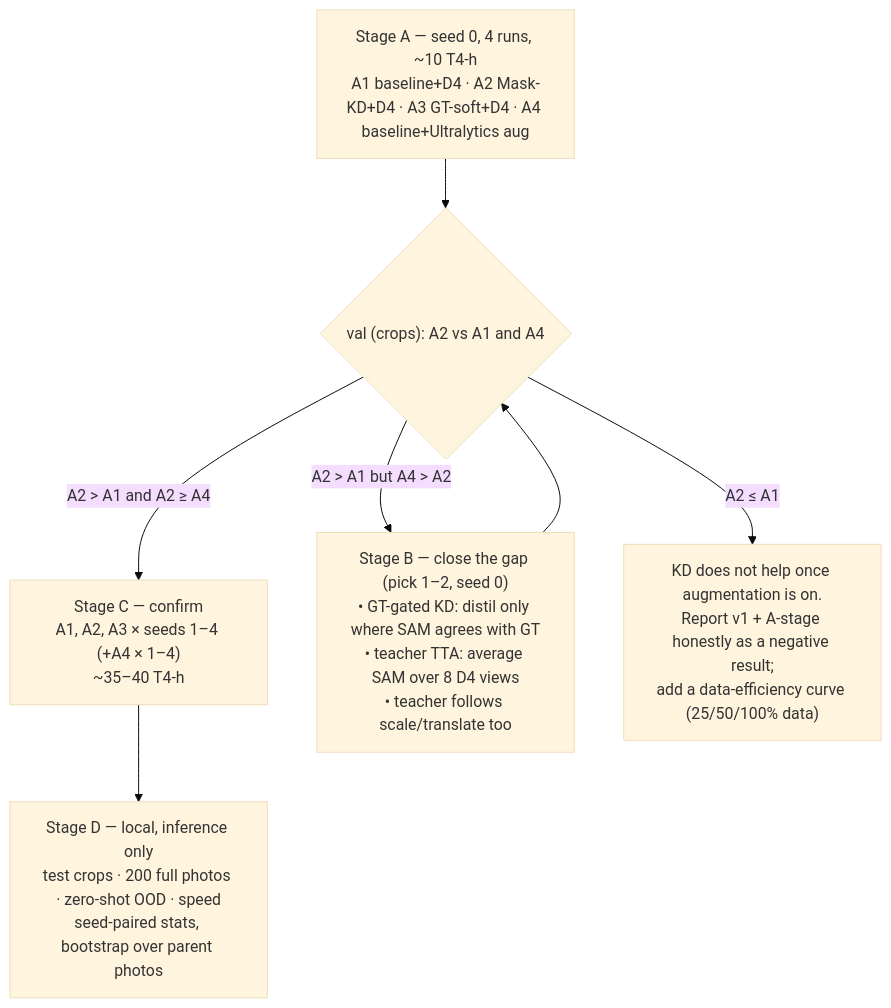
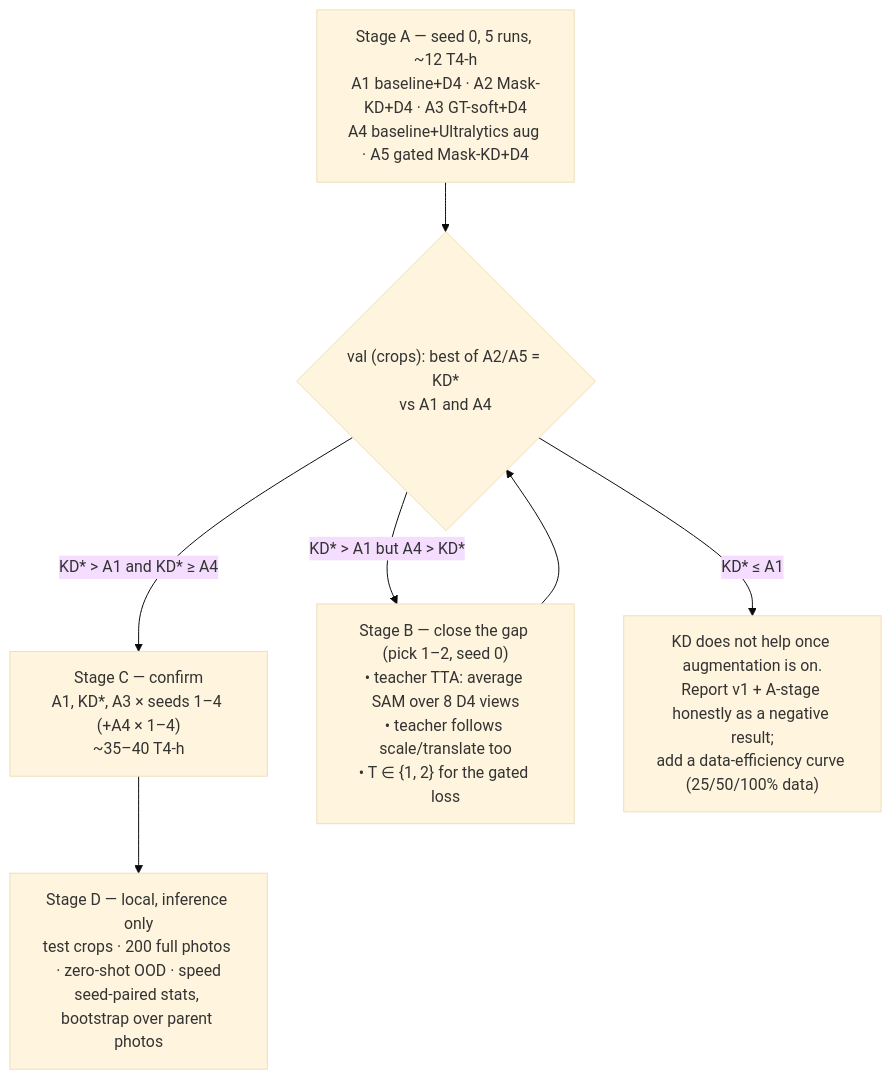
One commit to shahin1717/crackdistill changed the fourth of 4 diagrams in docs/KD_DESIGN_v2.md. Above: the diagram before and after it, drawn with Mermaid (base theme). The commit also changed other lines of this file and 11 other files, not shown here.

First line of the commit message:
feat(kd): box-cropped, GT-gated mask-KL as Stage A arm A5; KD loss review

````diff
--- a/docs/KD_DESIGN_v2.md
+++ b/docs/KD_DESIGN_v2.md
@@ -156,10 +180,10 @@
 ```mermaid
 flowchart TB
-    A["Stage A — seed 0, 4 runs, ~10 T4-h<br/>A1 baseline+D4 · A2 Mask-KD+D4 · A3 GT-soft+D4 · A4 baseline+Ultralytics aug"]
-    A --> G{"val (crops): A2 vs A1 and A4"}
-    G -->|"A2 > A1 and A2 ≥ A4"| C["Stage C — confirm<br/>A1, A2, A3 × seeds 1–4 (+A4 × 1–4)<br/>~35–40 T4-h"]
-    G -->|"A2 > A1 but A4 > A2"| B["Stage B — close the gap (pick 1–2, seed 0)<br/>• GT-gated KD: distil only where SAM agrees with GT<br/>• teacher TTA: average SAM over 8 D4 views<br/>• teacher follows scale/translate too"]
-    G -->|"A2 ≤ A1"| N["KD does not help once augmentation is on.<br/>Report v1 + A-stage honestly as a negative result;<br/>add a data-efficiency curve (25/50/100% data)"]
+    A["Stage A — seed 0, 5 runs, ~12 T4-h<br/>A1 baseline+D4 · A2 Mask-KD+D4 · A3 GT-soft+D4<br/>A4 baseline+Ultralytics aug · A5 gated Mask-KD+D4"]
+    A --> G{"val (crops): best of A2/A5 = KD*<br/>vs A1 and A4"}
+    G -->|"KD* > A1 and KD* ≥ A4"| C["Stage C — confirm<br/>A1, KD*, A3 × seeds 1–4 (+A4 × 1–4)<br/>~35–40 T4-h"]
+    G -->|"KD* > A1 but A4 > KD*"| B["Stage B — close the gap (pick 1–2, seed 0)<br/>• teacher TTA: average SAM over 8 D4 views<br/>• teacher follows scale/translate too<br/>• T ∈ {1, 2} for the gated loss"]
+    G -->|"KD* ≤ A1"| N["KD does not help once augmentation is on.<br/>Report v1 + A-stage honestly as a negative result;<br/>add a data-efficiency curve (25/50/100% data)"]
     B --> G
     C --> D["Stage D — local, inference only<br/>test crops · 200 full photos · zero-shot OOD · speed<br/>seed-paired stats, bootstrap over parent photos"]
 ```
````
